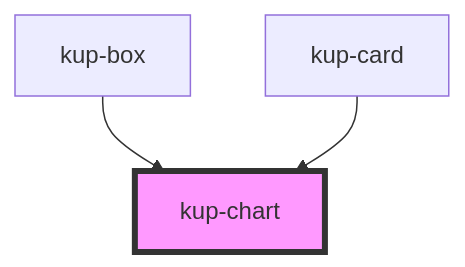
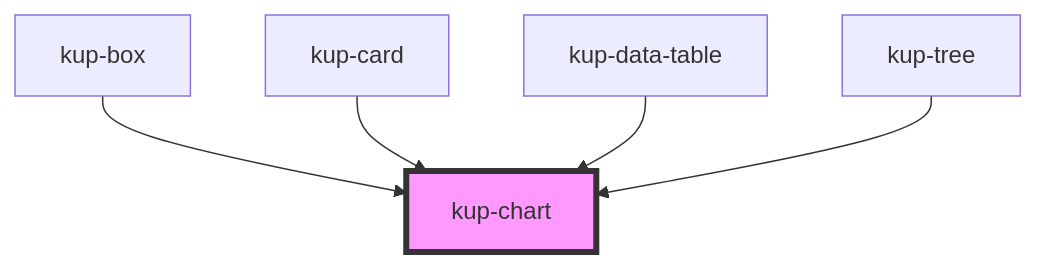
The diagram in packages/ketchup/src/components/kup-chart/readme.md (smeup/ketchup), drawn with Mermaid before and after one commit. The commit also changed other lines of this file and 15 other files, not shown here.

Commit message:
Removed chart-cell.

````diff
--- a/packages/ketchup/src/components/kup-chart/readme.md
+++ b/packages/ketchup/src/components/kup-chart/readme.md
@@ -47,6 +49,8 @@
 ```mermaid
 graph TD;
   kup-box --> kup-chart
   kup-card --> kup-chart
+  kup-data-table --> kup-chart
+  kup-tree --> kup-chart
   style kup-chart fill:#f9f,stroke:#333,stroke-width:4px
 ```
````
